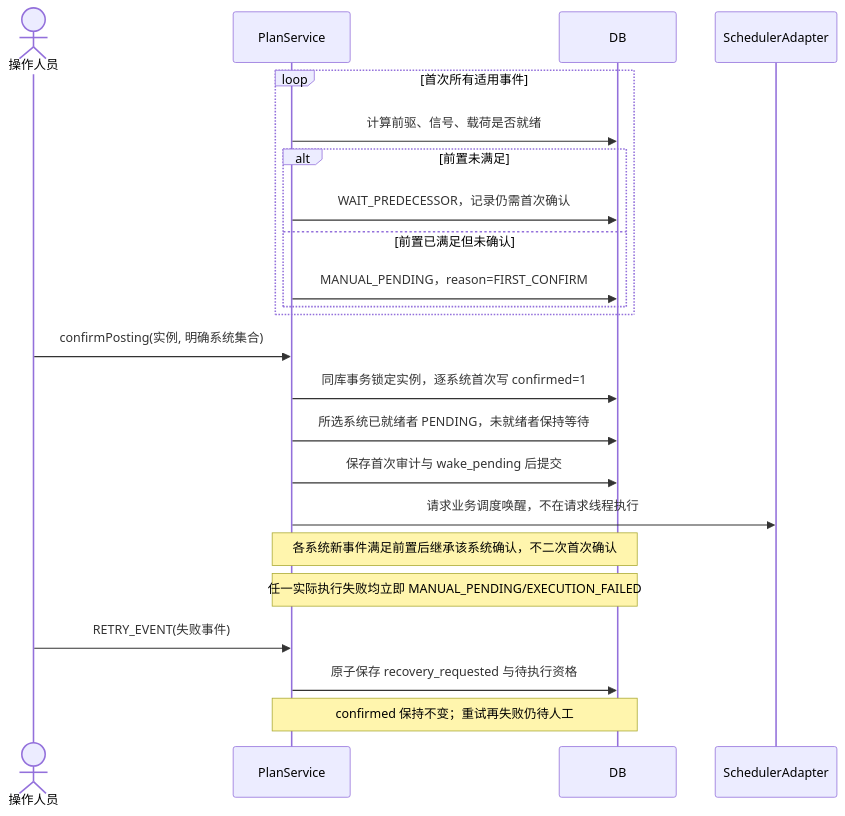
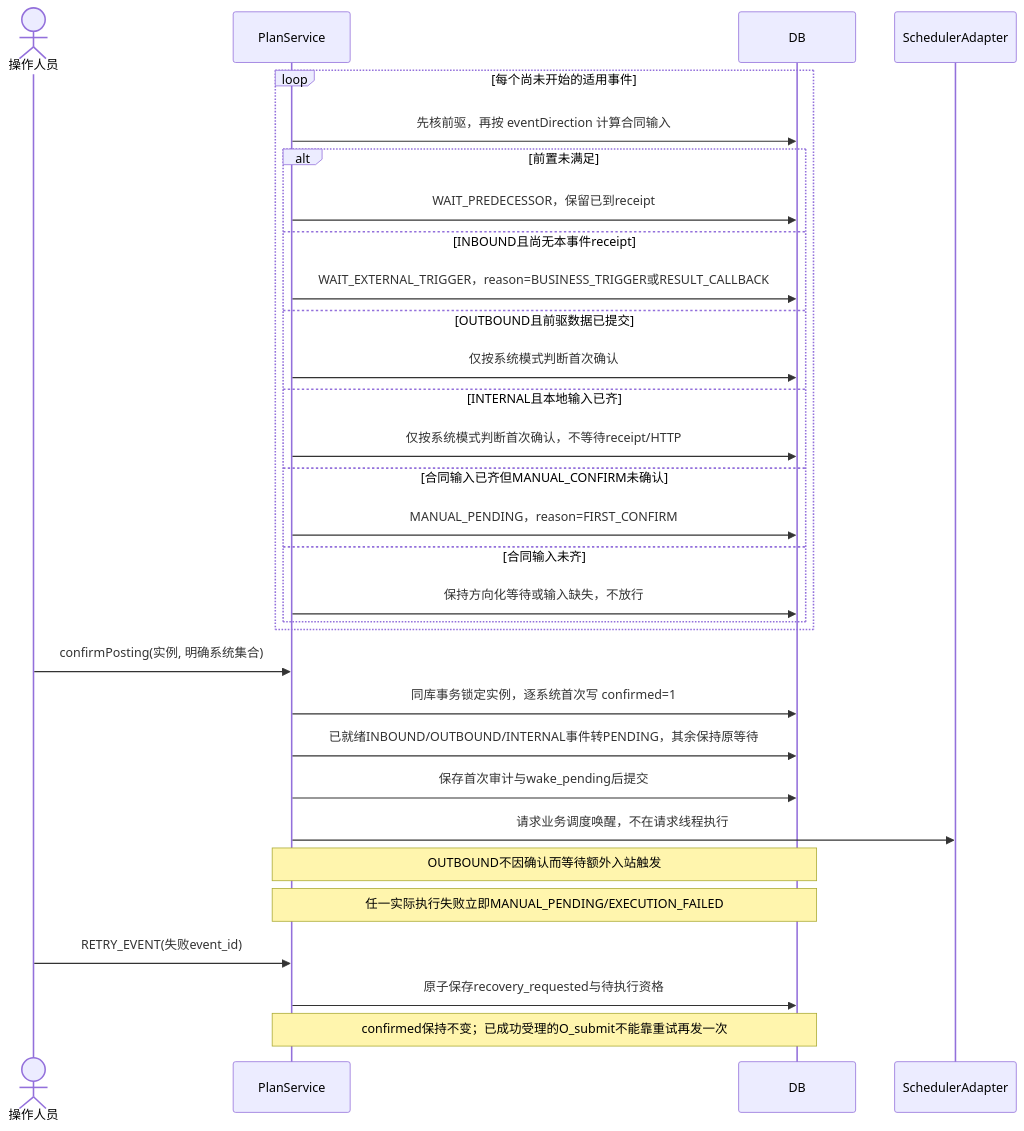
Before and after one commit to Yohmien/innolux-iws: the fourth of 36 diagrams in docs/plan-event-state-machine-sequences.md, drawn with Mermaid. The commit also changed other lines of this file and 3 other files, not shown here.

````diff
--- a/docs/plan-event-state-machine-sequences.md
+++ b/docs/plan-event-state-machine-sequences.md
@@ -112,25 +199,33 @@
 ```mermaid
 sequenceDiagram
   actor U as 操作人员
   participant P as PlanService
   participant D as DB
   participant S as SchedulerAdapter
-  loop 首次所有适用事件
-    P->>D: 计算前驱、信号、载荷是否就绪
+  loop 每个尚未开始的适用事件
+    P->>D: 先核前驱，再按 eventDirection 计算合同输入
     alt 前置未满足
-      P->>D: WAIT_PREDECESSOR，记录仍需首次确认
-    else 前置已满足但未确认
+      P->>D: WAIT_PREDECESSOR，保留已到receipt
+    else INBOUND且尚无本事件receipt
+      P->>D: WAIT_EXTERNAL_TRIGGER，reason=BUSINESS_TRIGGER或RESULT_CALLBACK
+    else OUTBOUND且前驱数据已提交
+      P->>D: 仅按系统模式判断首次确认
+    else INTERNAL且本地输入已齐
+      P->>D: 仅按系统模式判断首次确认，不等待receipt/HTTP
+    else 合同输入已齐但MANUAL_CONFIRM未确认
       P->>D: MANUAL_PENDING，reason=FIRST_CONFIRM
+    else 合同输入未齐
+      P->>D: 保持方向化等待或输入缺失，不放行
     end
   end
   U->>P: confirmPosting(实例, 明确系统集合)
   P->>D: 同库事务锁定实例，逐系统首次写 confirmed=1
-  P->>D: 所选系统已就绪者 PENDING，未就绪者保持等待
-  P->>D: 保存首次审计与 wake_pending 后提交
+  P->>D: 已就绪INBOUND/OUTBOUND/INTERNAL事件转PENDING，其余保持原等待
+  P->>D: 保存首次审计与wake_pending后提交
   P->>S: 请求业务调度唤醒，不在请求线程执行
-  Note over P,D: 各系统新事件满足前置后继承该系统确认，不二次首次确认
-  Note over P,D: 任一实际执行失败均立即 MANUAL_PENDING/EXECUTION_FAILED
-  U->>P: RETRY_EVENT(失败事件)
-  P->>D: 原子保存 recovery_requested 与待执行资格
-  Note over P,D: confirmed 保持不变；重试再失败仍待人工
+  Note over P,D: OUTBOUND不因确认而等待额外入站触发
+  Note over P,D: 任一实际执行失败立即MANUAL_PENDING/EXECUTION_FAILED
+  U->>P: RETRY_EVENT(失败event_id)
+  P->>D: 原子保存recovery_requested与待执行资格
+  Note over P,D: confirmed保持不变；已成功受理的O_submit不能靠重试再发一次
 ```
````
